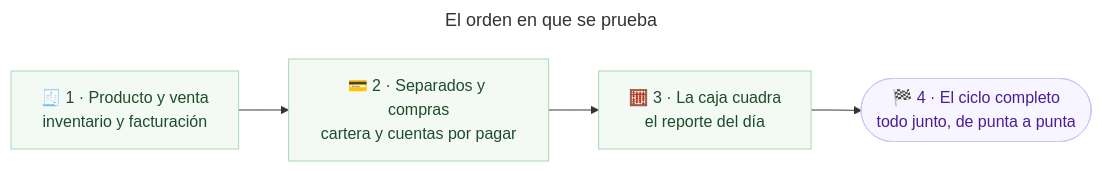
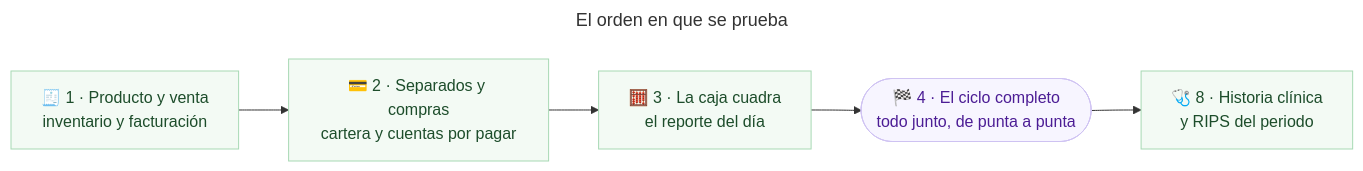
Before and after one commit to sotobotero/sotobotero-projects-docs: the diagram in ada/qa/README.md, drawn with Mermaid. The commit also changed other lines of this file and 1 other file, not shown here.

````diff
--- a/ada/qa/README.md
+++ b/ada/qa/README.md
@@ -10,15 +10,17 @@
 ```mermaid
 ---
 title: El orden en que se prueba
 ---
 flowchart LR
     A["🧾 1 · Producto y venta<br/>inventario y facturación"]:::paso
     B["💳 2 · Separados y compras<br/>cartera y cuentas por pagar"]:::paso
     C["🧮 3 · La caja cuadra<br/>el reporte del día"]:::paso
     D(["🏁 4 · El ciclo completo<br/>todo junto, de punta a punta"]):::meta
+    E["🩺 8 · Historia clínica<br/>y RIPS del periodo"]:::paso
 
     A --> B --> C --> D
+    D --> E
 
     classDef paso fill:#f3faf4,stroke:#a7d9b4,stroke-width:1px,color:#1d4d2b
     classDef meta fill:#f7f5ff,stroke:#cfc3f2,stroke-width:1px,color:#4c1d95
 ```
````
